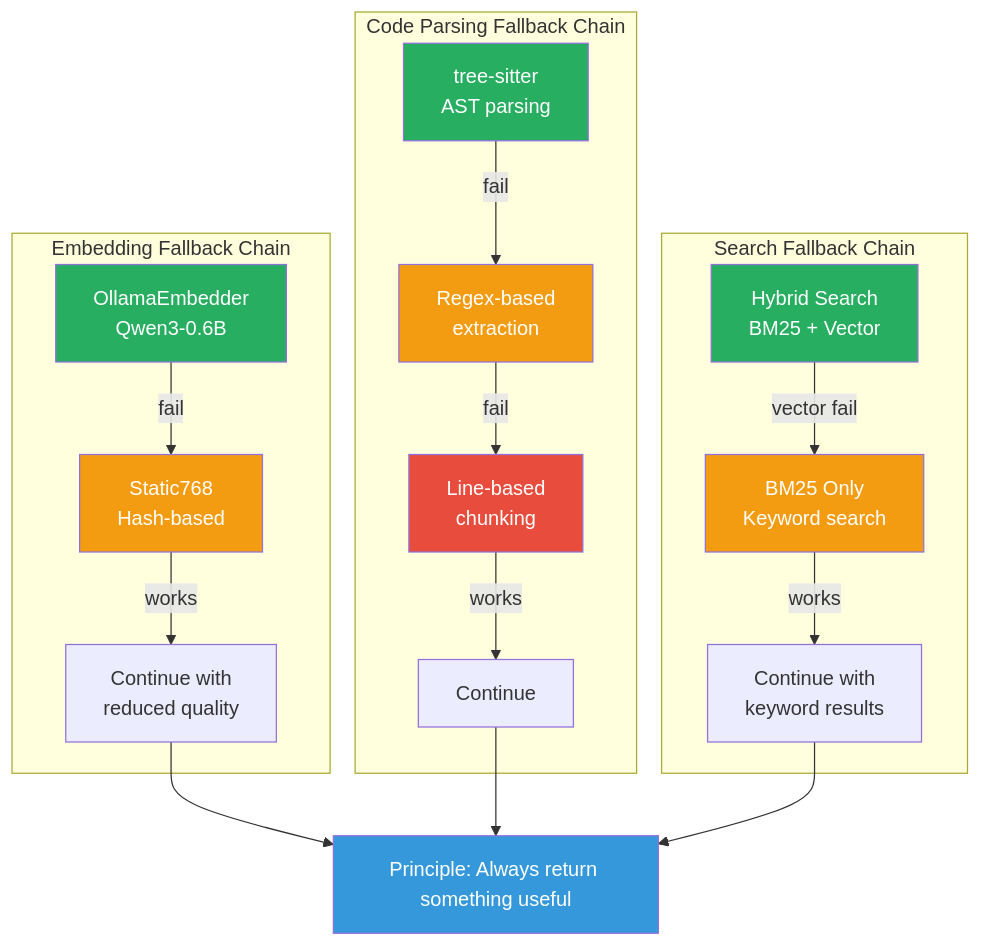
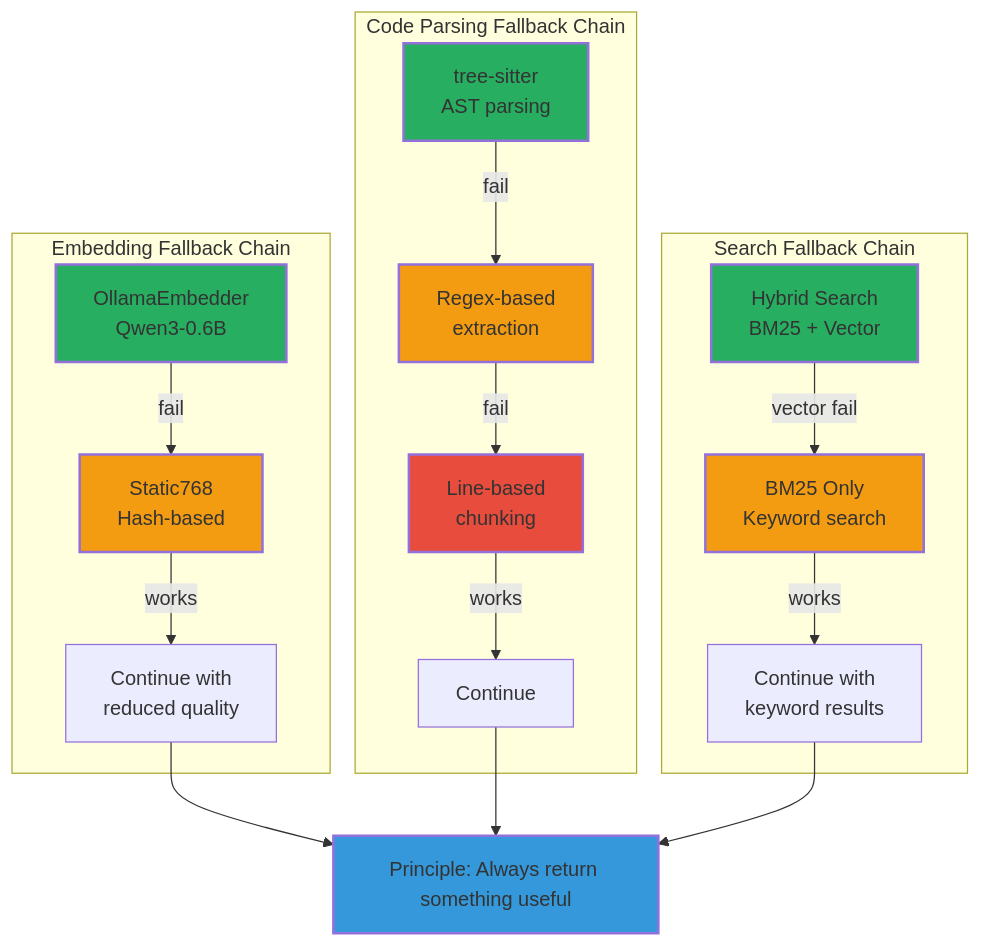
One commit to sampi02/amanmcp changed diagram 19 of 27 in docs/reference/architecture/architecture.md. Above: the diagram before and after it, drawn with Mermaid. The commit also changed other lines of this file and 59 other files, not shown here.

````diff
--- a/docs/reference/architecture/architecture.md
+++ b/docs/reference/architecture/architecture.md
@@ -868,35 +1340,35 @@
 ```mermaid
 flowchart TB
     subgraph Embedding["Embedding Fallback Chain"]
         E1[OllamaEmbedder<br/>Qwen3-0.6B] -->|fail| E2[Static768<br/>Hash-based]
         E2 -->|works| EC[Continue with<br/>reduced quality]
 
-        style E1 fill:#27ae60,color:#fff
-        style E2 fill:#f39c12,color:#fff
+        style E1 fill:#27ae60,stroke-width:2px
+        style E2 fill:#f39c12,stroke-width:2px
     end
 
     subgraph Parsing["Code Parsing Fallback Chain"]
         P1[tree-sitter<br/>AST parsing] -->|fail| P2[Regex-based<br/>extraction]
         P2 -->|fail| P3[Line-based<br/>chunking]
         P3 -->|works| PC[Continue]
 
-        style P1 fill:#27ae60,color:#fff
-        style P2 fill:#f39c12,color:#fff
-        style P3 fill:#e74c3c,color:#fff
+        style P1 fill:#27ae60,stroke-width:2px
+        style P2 fill:#f39c12,stroke-width:2px
+        style P3 fill:#e74c3c,stroke-width:2px
     end
 
     subgraph Search["Search Fallback Chain"]
         S1[Hybrid Search<br/>BM25 + Vector] -->|vector fail| S2[BM25 Only<br/>Keyword search]
         S2 -->|works| SC[Continue with<br/>keyword results]
 
-        style S1 fill:#27ae60,color:#fff
-        style S2 fill:#f39c12,color:#fff
+        style S1 fill:#27ae60,stroke-width:2px
+        style S2 fill:#f39c12,stroke-width:2px
     end
 
     Principle["Principle: Always return something useful"]
     EC --> Principle
     PC --> Principle
     SC --> Principle
 
-    style Principle fill:#3498db,color:#fff
+    style Principle fill:#3498db,stroke-width:2px
 ```
````
